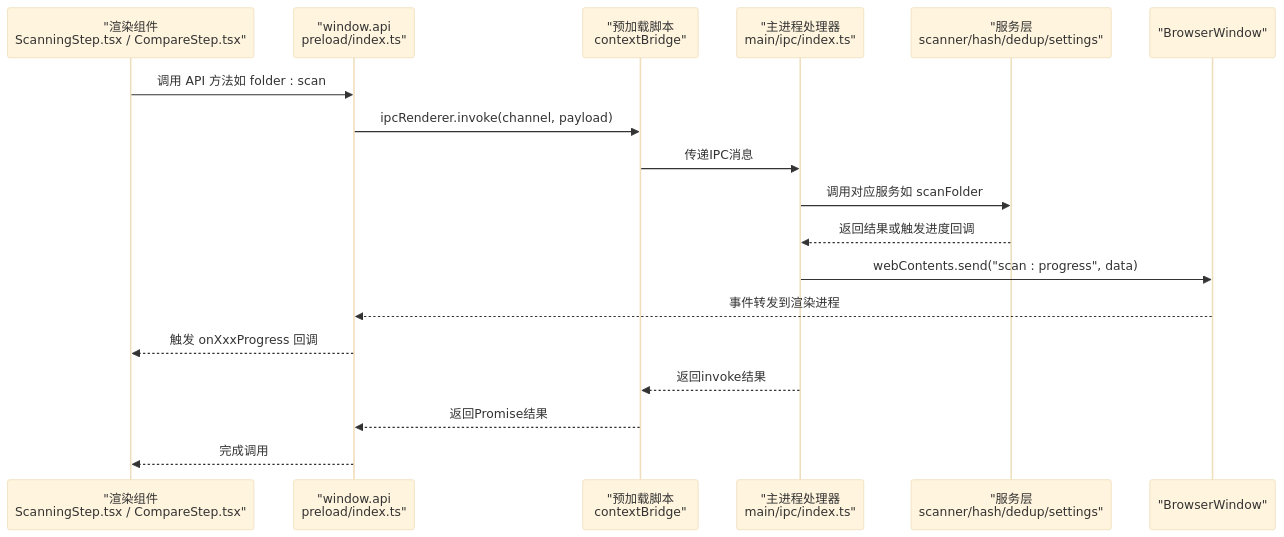
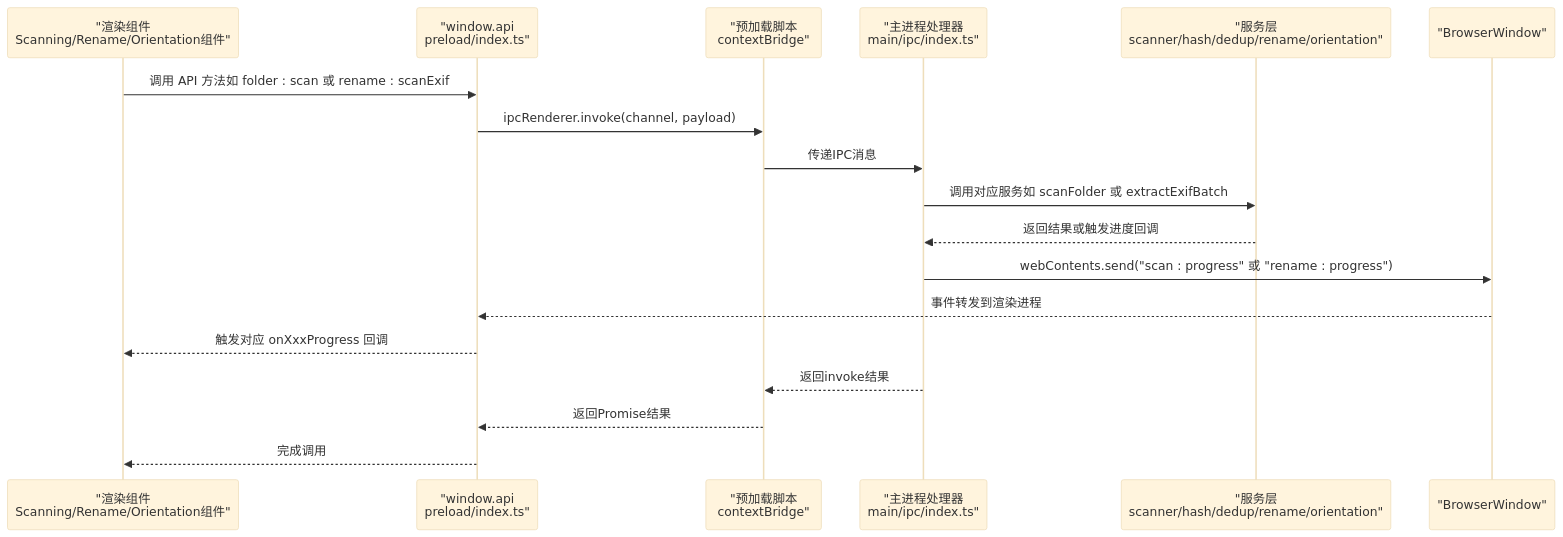
Before and after one commit to remgasuki/ReDoPhoto: the second of 10 diagrams in .qoder/repowiki/zh/content/IPC通信层/IPC通信层.md, drawn with Mermaid (base theme). The commit also changed other lines of this file and 10 other files, not shown here.

````diff
--- a/.qoder/repowiki/zh/content/IPC通信层/IPC通信层.md
+++ b/.qoder/repowiki/zh/content/IPC通信层/IPC通信层.md
@@ -115,20 +129,20 @@
 ```mermaid
 sequenceDiagram
-participant UI as "渲染组件<br/>ScanningStep.tsx / CompareStep.tsx"
+participant UI as "渲染组件<br/>Scanning/Rename/Orientation组件"
 participant API as "window.api<br/>preload/index.ts"
 participant Pre as "预加载脚本<br/>contextBridge"
 participant Main as "主进程处理器<br/>main/ipc/index.ts"
-participant Svc as "服务层<br/>scanner/hash/dedup/settings"
+participant Svc as "服务层<br/>scanner/hash/dedup/rename/orientation"
 participant Win as "BrowserWindow"
-UI->>API : 调用 API 方法如 folder : scan
+UI->>API : 调用 API 方法如 folder : scan 或 rename : scanExif
 API->>Pre : ipcRenderer.invoke(channel, payload)
 Pre->>Main : 传递IPC消息
-Main->>Svc : 调用对应服务如 scanFolder
+Main->>Svc : 调用对应服务如 scanFolder 或 extractExifBatch
 Svc-->>Main : 返回结果或触发进度回调
-Main->>Win : webContents.send("scan : progress", data)
+Main->>Win : webContents.send("scan : progress" 或 "rename : progress")
 Win-->>API : 事件转发到渲染进程
-API-->>UI : 触发 onXxxProgress 回调
+API-->>UI : 触发对应 onXxxProgress 回调
 Main-->>Pre : 返回invoke结果
 Pre-->>API : 返回Promise结果
 API-->>UI : 完成调用
 ```
````
